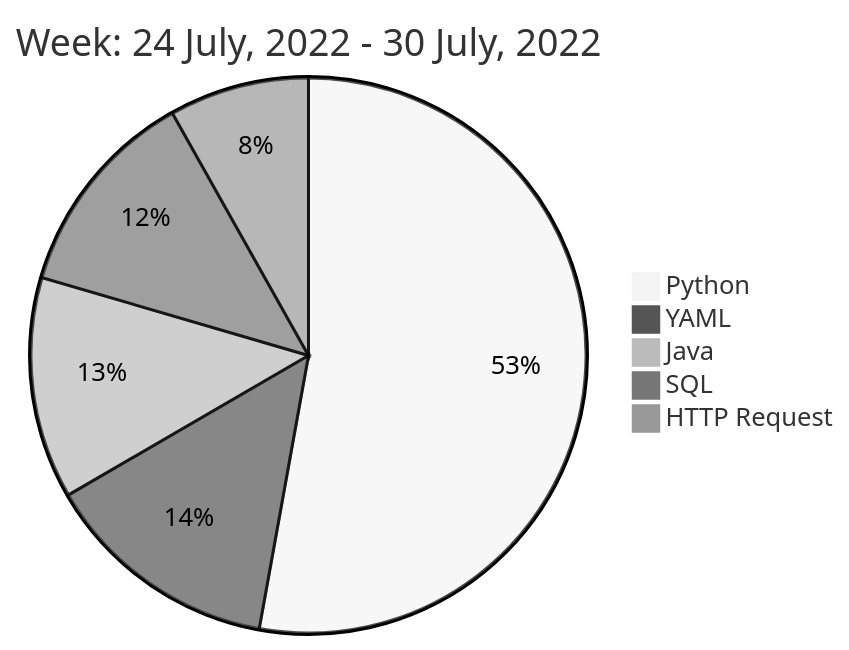
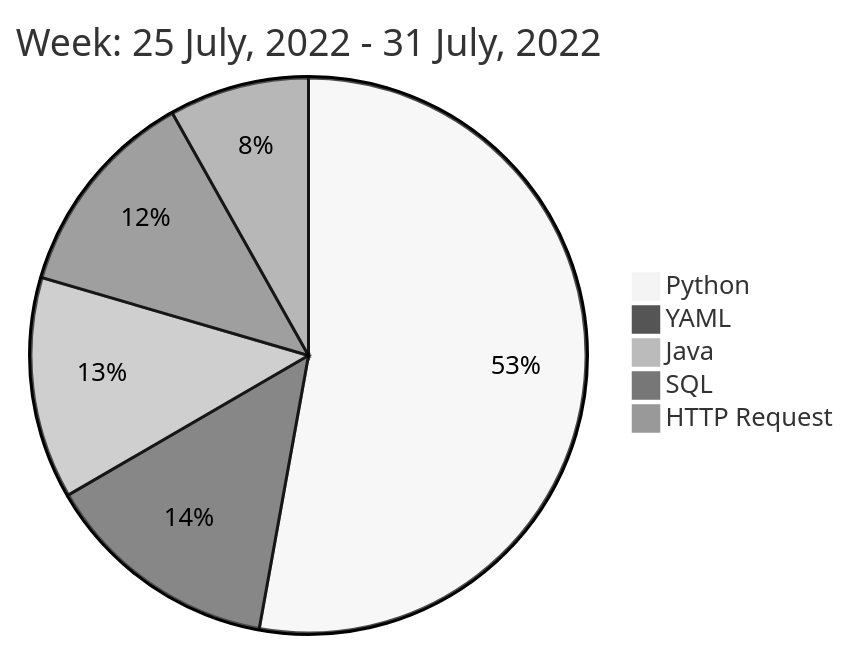
The diagram in README.md (liubin95/liubin95), drawn with Mermaid (neutral theme) before and after one commit.

Commit message:
Updated the Graph with new Metrics

````diff
--- a/README.md
+++ b/README.md
@@ -40,9 +40,9 @@
 ```mermaid
  pie
-title Week: 24 July, 2022 - 30 July, 2022
+title Week: 25 July, 2022 - 31 July, 2022
  "Python" : 12.0
  "YAML" : 3.13
  "Java" : 2.93
  "SQL" : 2.8
  "HTTP Request" : 1.85
 ```
````
